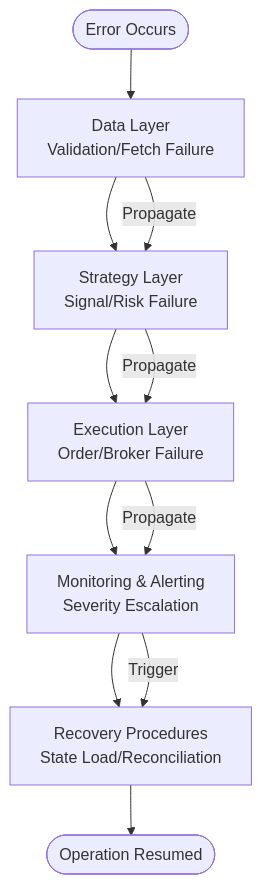
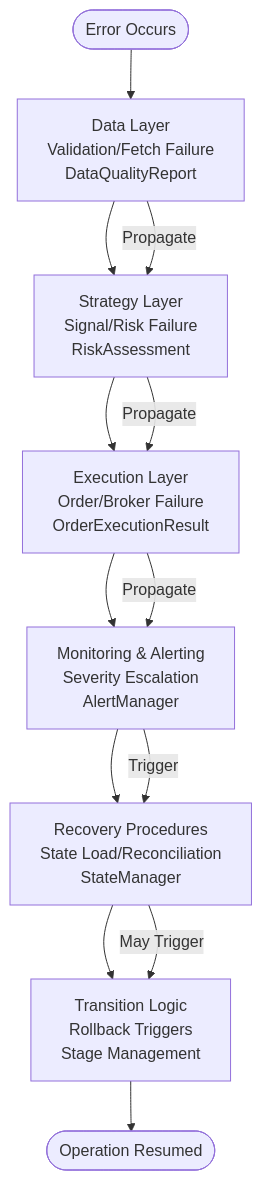
The third of 4 diagrams in .qoder/repowiki/en/content/API Reference/Error Handling and Exception Management.md (guofeng201507/shark-quant-trader), drawn with Mermaid before and after one commit. The commit also changed other lines of this file and 14 other files, not shown here.

````diff
--- a/.qoder/repowiki/en/content/API Reference/Error Handling and Exception Management.md
+++ b/.qoder/repowiki/en/content/API Reference/Error Handling and Exception Management.md
@@ -187,13 +234,15 @@
 ```mermaid
 flowchart TD
-Start(["Error Occurs"]) --> DL["Data Layer<br/>Validation/Fetch Failure"]
-DL --> SL["Strategy Layer<br/>Signal/Risk Failure"]
-SL --> EL["Execution Layer<br/>Order/Broker Failure"]
-EL --> ML["Monitoring & Alerting<br/>Severity Escalation"]
-ML --> Recovery["Recovery Procedures<br/>State Load/Reconciliation"]
-Recovery --> End(["Operation Resumed"])
+Start(["Error Occurs"]) --> DL["Data Layer<br/>Validation/Fetch Failure<br/>DataQualityReport"]
+DL --> SL["Strategy Layer<br/>Signal/Risk Failure<br/>RiskAssessment"]
+SL --> EL["Execution Layer<br/>Order/Broker Failure<br/>OrderExecutionResult"]
+EL --> ML["Monitoring & Alerting<br/>Severity Escalation<br/>AlertManager"]
+ML --> Recovery["Recovery Procedures<br/>State Load/Reconciliation<br/>StateManager"]
+Recovery --> Transition["Transition Logic<br/>Rollback Triggers<br/>Stage Management"]
+Transition --> End(["Operation Resumed"])
 DL --> |Propagate| SL
 SL --> |Propagate| EL
 EL --> |Propagate| ML
 ML --> |Trigger| Recovery
+Recovery --> |May Trigger| Transition
 ```
````
